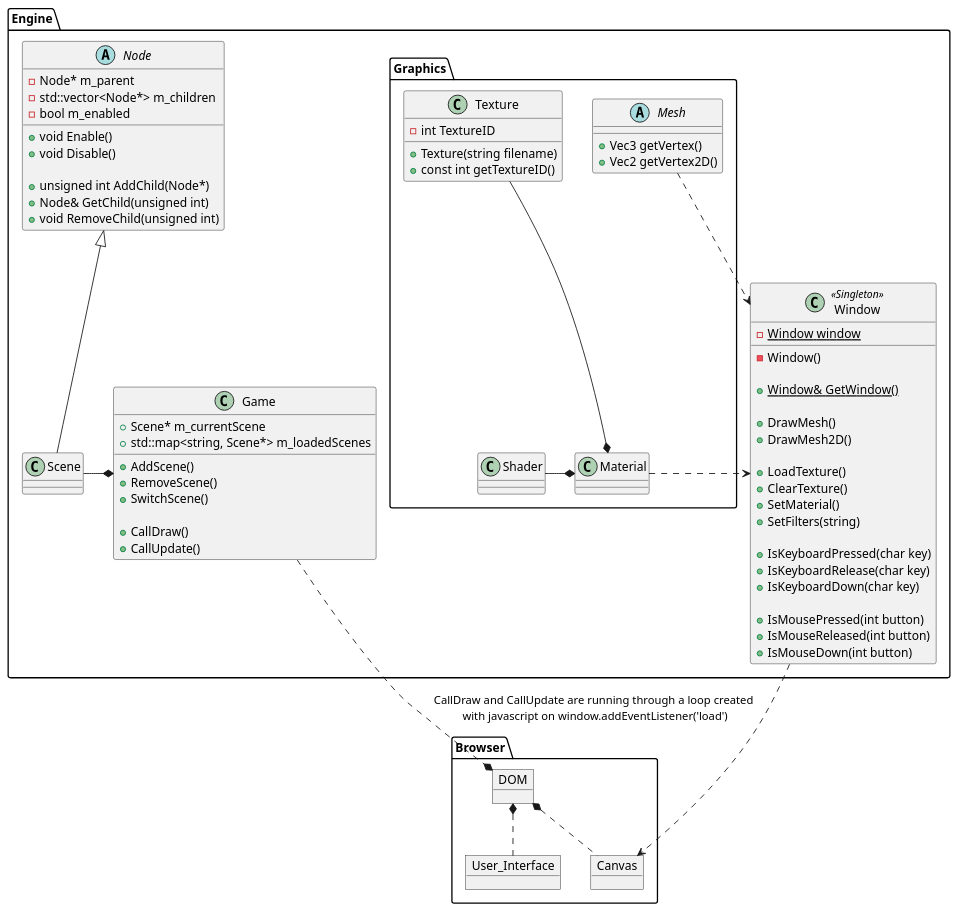
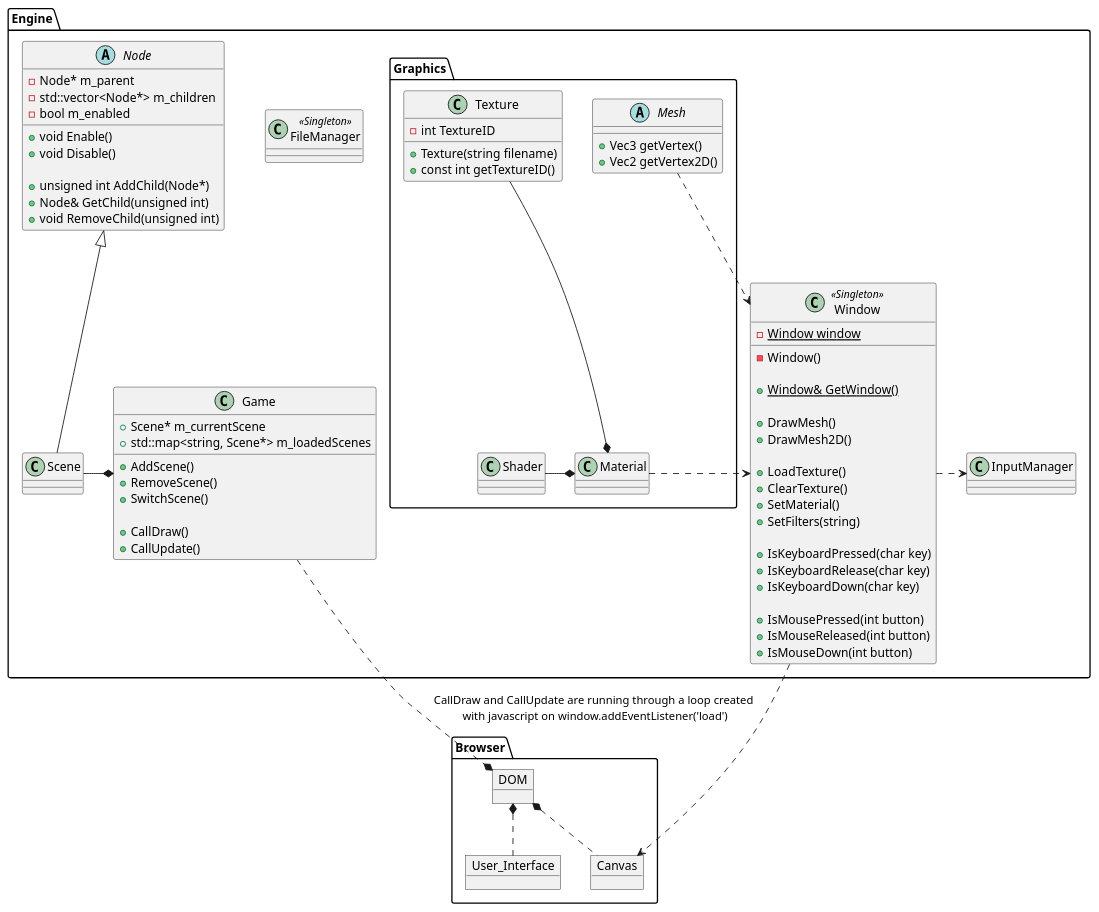
The diagram in docs/architecture.puml (MesaGuildeTeam/Carpenter-Engine), drawn with PlantUML before and after one commit. The commit also changed 1 other file, not shown here.

Commit message:
docs: expanded docs and uml architecture

```diff
--- a/docs/architecture.puml
+++ b/docs/architecture.puml
@@ -1,104 +1,113 @@
 @startuml EngineArchitecture
 
 namespace Engine {
   class Window <<Singleton>> {
     - {static} Window window
     - {method} Window()
 
     + {method} {static} Window& GetWindow()
     
     + {method} DrawMesh()
     + {method} DrawMesh2D()
 
     + {method} LoadTexture()
     + {method} ClearTexture()
     + {method} SetMaterial()
     + {method} SetFilters(string)
 
     + {method} IsKeyboardPressed(char key)
     + {method} IsKeyboardRelease(char key)
     + {method} IsKeyboardDown(char key)
 
     + {method} IsMousePressed(int button)
     + {method} IsMouseReleased(int button)
     + {method} IsMouseDown(int button)
+  }
+
+  class FileManager <<Singleton>> {
+    
   }
 
   class Game {
     + Scene* m_currentScene
     + std::map<string, Scene*> m_loadedScenes
     
     + {method} AddScene()
     + {method} RemoveScene()
     + {method} SwitchScene()
 
     + {method} CallDraw()
     + {method} CallUpdate()
   }
   
   abstract Node {
     - Node* m_parent
     - std::vector<Node*> m_children
     - bool m_enabled
 
     + {method} void Enable()
     + {method} void Disable()
 
     + {method} unsigned int AddChild(Node*)
     + {method} Node& GetChild(unsigned int)
     + {method} void RemoveChild(unsigned int)
   }
 
   class Scene extends Node
 
+  class InputManager {
+
+  }
+
   Scene -* Game
+  Window .> InputManager
 
   namespace Graphics {
     abstract Mesh {
       + {method} Vec3 getVertex()
       + {method} Vec2 getVertex2D()
     }
 
     class Texture {
       - int TextureID
       + {method} Texture(string filename)
       + {method} const int getTextureID()
     }
 
     class Shader {
 
     }
 
     class Material {
 
     }
 
     Texture --* Material    
     Shader -* Material
   }
 
   Graphics.Material .> Window
   Graphics.Mesh .> Window
 }
 
 namespace Browser {
   Object Canvas {
 
   }
 
   Object User_Interface {
 
   }
 
   Object DOM {
 
   }
 
   DOM *.. User_Interface
   DOM *.. Canvas
 }
 
 Engine.Window .> Browser.Canvas
 Engine.Game ..* Browser.DOM : "CallDraw and CallUpdate are running through a loop created \nwith javascript on window.addEventListener('load')"
 
 @enduml
```
